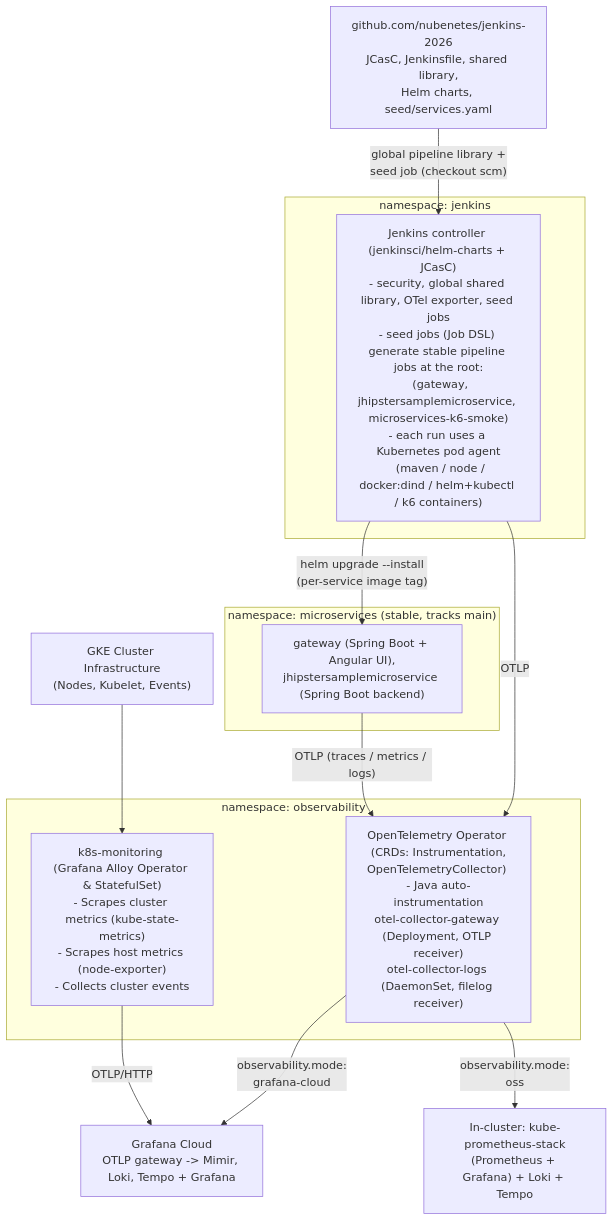
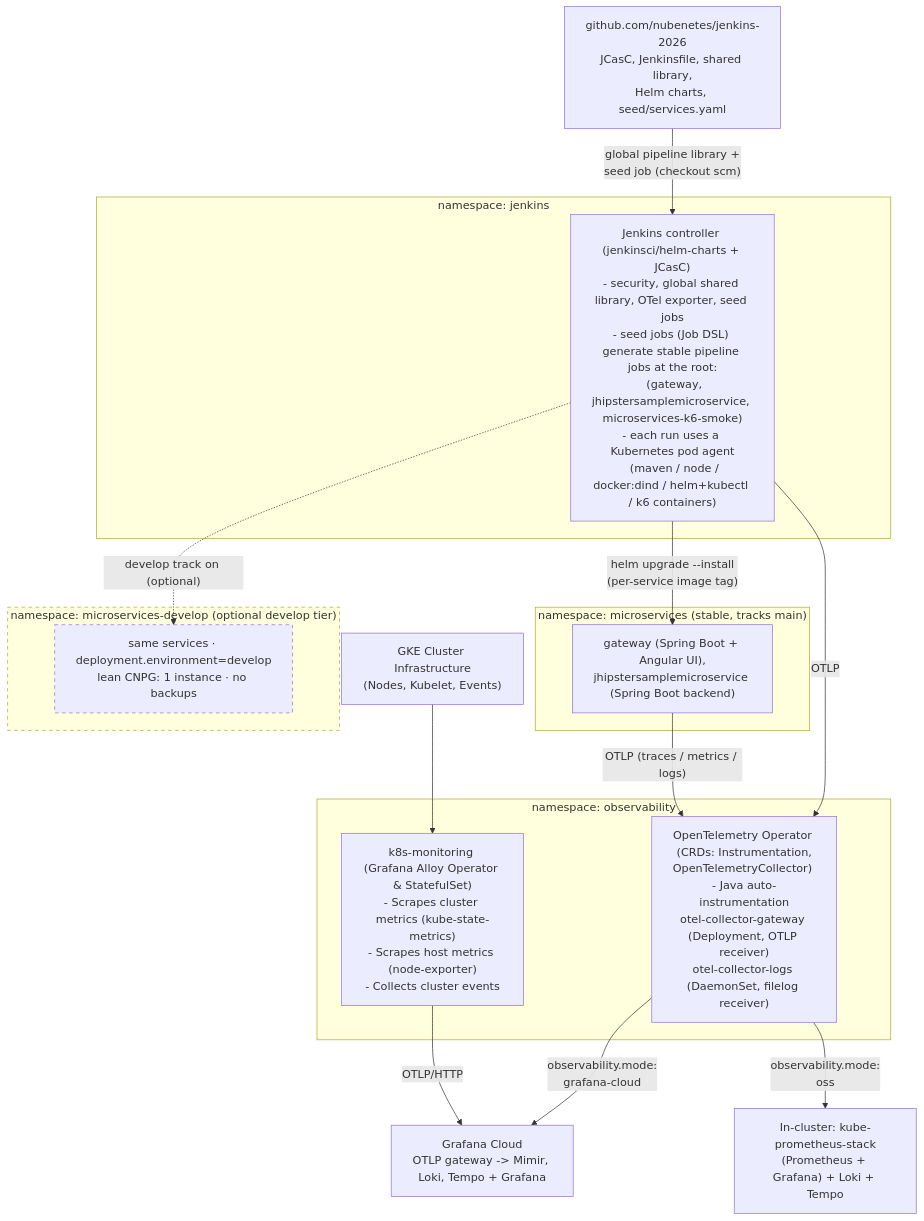
The third of 10 diagrams in docs/201-ARCHITECTURE.md (nubenetes/jenkins-2026), drawn with Mermaid before and after one commit. The commit also changed other lines of this file and 2 other files, not shown here.

Commit message:
docs(201,501): integrate the develop tier into existing diagrams (audit) + changelog v0.23.1
Audited every Mermaid diagram for develop-tier integrity and updated the 4 where
the optional tier is genuinely part of the model — marked dashed/'(optional)' and
reflecting its lean shape (1 CNPG instance, no backups): 201 Component diagram +
Namespace/Secret topology; 501 ArgoCD app-of-apps tree + NetworkPolicy flow. The
rest (env-agnostic obs diagrams, steady-state stable views, internal-only Gateway/
IAP/ESO contexts) were reviewed and intentionally left unchanged. All validated.

````diff
--- a/docs/201-ARCHITECTURE.md
+++ b/docs/201-ARCHITECTURE.md
@@ -168,33 +168,40 @@
 ```mermaid
 flowchart TD
     repo["github.com/nubenetes/jenkins-2026<br/>JCasC, Jenkinsfile, shared library,<br/>Helm charts, seed/services.yaml"]
 
     subgraph jenkins_ns["namespace: jenkins"]
         jenkins["Jenkins controller (jenkinsci/helm-charts + JCasC)<br/>- security, global shared library, OTel exporter, seed jobs<br/>- seed jobs (Job DSL) generate stable pipeline jobs at the root:<br/>  (gateway, jhipstersamplemicroservice, microservices-k6-smoke)<br/>- each run uses a Kubernetes pod agent<br/>  (maven / node / docker:dind / helm+kubectl / k6 containers)"]
     end
 
     repo -->|"global pipeline library +<br/>seed job (checkout scm)"| jenkins
 
     subgraph microservices_ns["namespace: microservices (stable, tracks main)"]
         microservices["gateway (Spring Boot + Angular UI),<br/>jhipstersamplemicroservice (Spring Boot backend)"]
     end
 
+    subgraph microservices_dev_ns["namespace: microservices-develop (optional develop tier)"]
+        microservices_dev["same services · deployment.environment=develop<br/>lean CNPG: 1 instance · no backups"]
+    end
+
     jenkins -->|"helm upgrade --install<br/>(per-service image tag)"| microservices
+    jenkins -. "develop track on (optional)" .-> microservices_dev
+    classDef optTier stroke-dasharray:5 5;
+    class microservices_dev_ns,microservices_dev optTier;
 
     subgraph observability_ns["namespace: observability"]
         otel["OpenTelemetry Operator (CRDs: Instrumentation,<br/>OpenTelemetryCollector) - Java auto-instrumentation<br/>otel-collector-gateway (Deployment, OTLP receiver)<br/>otel-collector-logs (DaemonSet, filelog receiver)"]
         k8s_mon["k8s-monitoring (Grafana Alloy Operator & StatefulSet)<br/>- Scrapes cluster metrics (kube-state-metrics)<br/>- Scrapes host metrics (node-exporter)<br/>- Collects cluster events"]
     end
 
     jenkins -->|OTLP| otel
     microservices -->|"OTLP (traces / metrics / logs)"| otel
 
     gke["GKE Cluster Infrastructure<br/>(Nodes, Kubelet, Events)"] --> k8s_mon
 
     grafana_cloud["Grafana Cloud<br/>OTLP gateway -> Mimir, Loki, Tempo + Grafana"]
     oss["In-cluster: kube-prometheus-stack<br/>(Prometheus + Grafana) + Loki + Tempo"]
 
     otel -->|"observability.mode:<br/>grafana-cloud"| grafana_cloud
     otel -->|"observability.mode:<br/>oss"| oss
     k8s_mon -->|"OTLP/HTTP"| grafana_cloud
 ```
````
